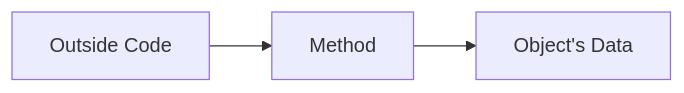
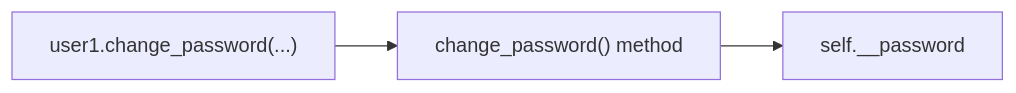
The second of 3 diagrams in modules/p4-classes-objects/unit-4-2-the-four-pillars-of-oop.md (VishnuKumpati/Python-foundations), drawn with Mermaid before and after one commit. The commit also changed other lines of this file and 3 other files, not shown here.

````diff
--- a/modules/p4-classes-objects/unit-4-2-the-four-pillars-of-oop.md
+++ b/modules/p4-classes-objects/unit-4-2-the-four-pillars-of-oop.md
@@ -310,6 +332,5 @@
 ```mermaid
 flowchart LR
-
-A["Outside Code"] --> B["Method"]
-B --> C["Object's Data"]
+    A["user1.change_password(...)"] --> B["change_password() method"]
+    B --> C["self.__password"]
 ```
````
